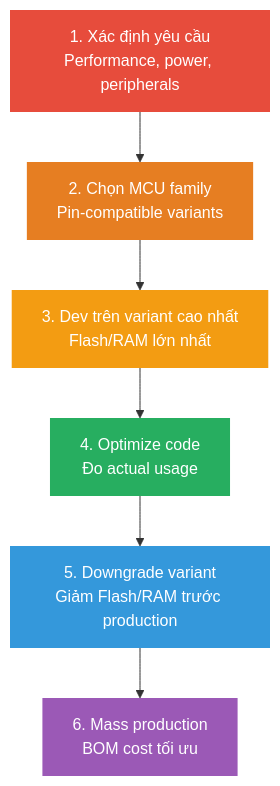
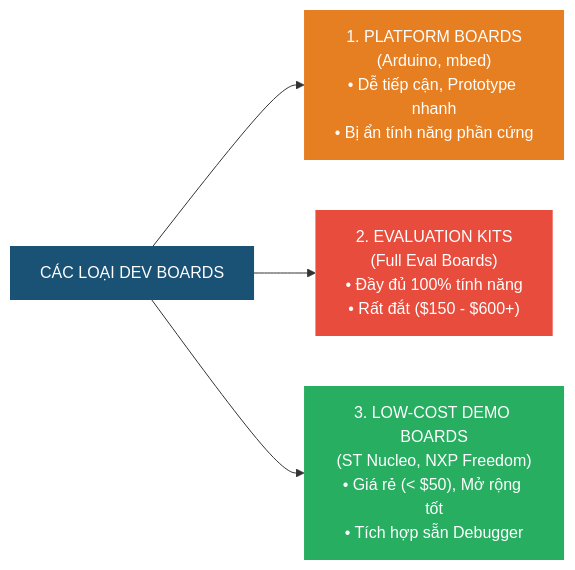
The eighth of 9 diagrams in 08_Selecting_MCU.md (MinnT15/RTOS), drawn with Mermaid before and after one commit. The commit also changed other lines of this file, not shown here.

Commit message:
docs: upgrade Chapter 8 Selecting the Right MCU to 100% textbook depth (Amos Ch4 & FreeRTOS hardware integration)

````diff
--- a/08_Selecting_MCU.md
+++ b/08_Selecting_MCU.md
@@ -384,15 +752,11 @@
 ```mermaid
-graph TD
-    A["1. Xác định yêu cầu<br/>Performance, power, peripherals"] --> B["2. Chọn MCU family<br/>Pin-compatible variants"]
-    B --> C["3. Dev trên variant cao nhất<br/>Flash/RAM lớn nhất"]
-    C --> D["4. Optimize code<br/>Đo actual usage"]
-    D --> E["5. Downgrade variant<br/>Giảm Flash/RAM trước production"]
-    E --> F["6. Mass production<br/>BOM cost tối ưu"]
+graph LR
+    BOARDS["CÁC LOẠI DEV BOARDS"] --> P["1. PLATFORM BOARDS<br/>(Arduino, mbed)<br/>• Dễ tiếp cận, Prototype nhanh<br/>• Bị ẩn tính năng phần cứng"]
+    BOARDS --> E["2. EVALUATION KITS<br/>(Full Eval Boards)<br/>• Đầy đủ 100% tính năng<br/>• Rất đắt ($150 - $600+)"]
+    BOARDS --> D["3. LOW-COST DEMO BOARDS<br/>(ST Nucleo, NXP Freedom)<br/>• Giá rẻ (< $50), Mở rộng tốt<br/>• Tích hợp sẵn Debugger"]
 
-    style A fill:#e74c3c,color:#fff,stroke:none
-    style B fill:#e67e22,color:#fff,stroke:none
-    style C fill:#f39c12,color:#fff,stroke:none
+    style BOARDS fill:#1a5276,color:#fff,stroke:none
+    style P fill:#e67e22,color:#fff,stroke:none
+    style E fill:#e74c3c,color:#fff,stroke:none
     style D fill:#27ae60,color:#fff,stroke:none
-    style E fill:#3498db,color:#fff,stroke:none
-    style F fill:#9b59b6,color:#fff,stroke:none
 ```
````
